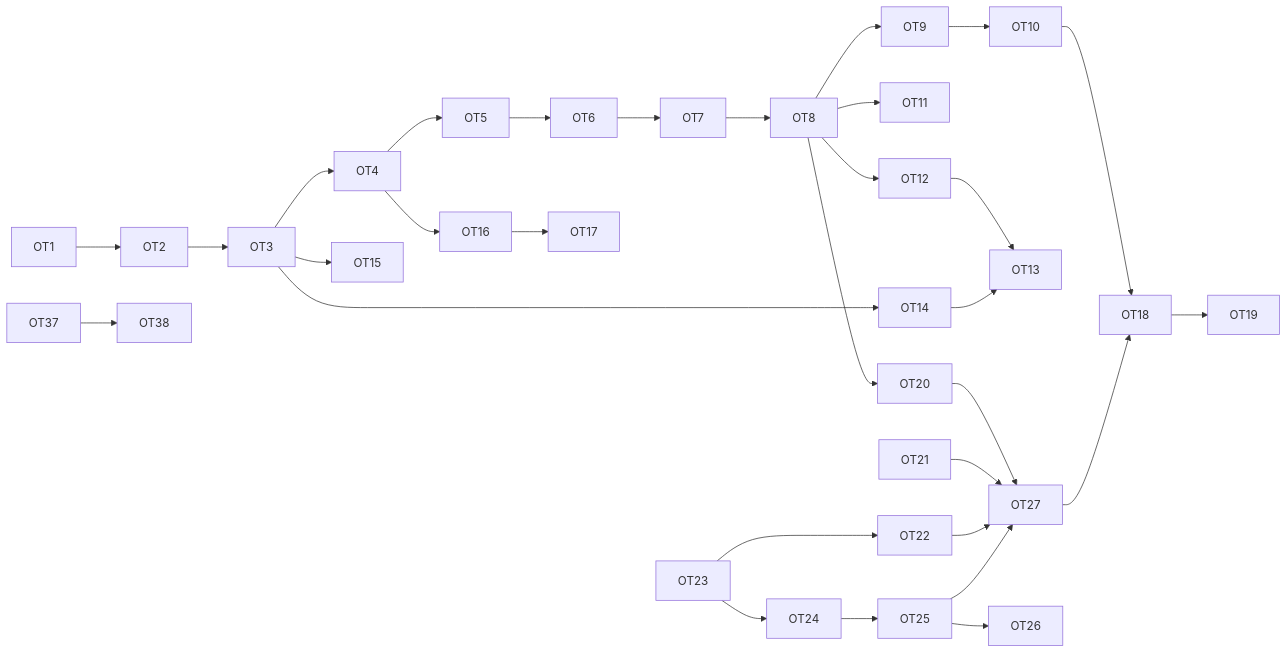
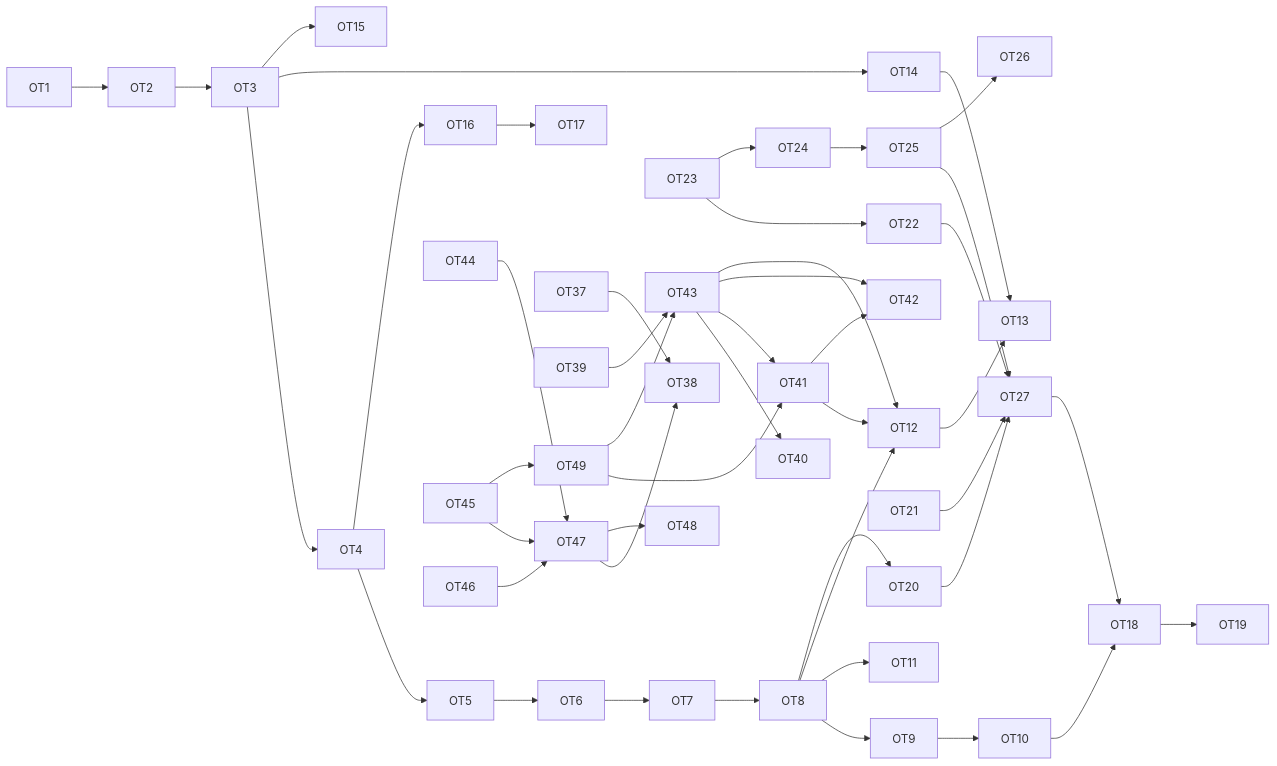
One commit to Ladvien/blended changed the diagram in BACKLOG.md. Above: the diagram before and after it, drawn with Mermaid. The commit also changed other lines of this file and 64 other files, not shown here.

````diff
--- a/BACKLOG.md
+++ b/BACKLOG.md
@@ -219,18 +494,33 @@
 ```mermaid
 flowchart LR
   OT1 --> OT2 --> OT3 --> OT4 --> OT5 --> OT6 --> OT7 --> OT8
   OT8 --> OT9 --> OT10
   OT8 --> OT11
   OT8 --> OT12 --> OT13
   OT3 --> OT14 --> OT13
   OT3 --> OT15
   OT4 --> OT16 --> OT17
   OT10 --> OT18 --> OT19
   OT8 --> OT20 --> OT27
   OT21 --> OT27
   OT23 --> OT22 --> OT27
   OT23 --> OT24 --> OT25 --> OT27
   OT25 --> OT26
   OT27 --> OT18
   OT37 --> OT38
+  OT39 --> OT43
+  OT43 --> OT40
+  OT43 --> OT41
+  OT43 --> OT42
+  OT43 --> OT12
+  OT41 --> OT12
+  OT41 --> OT42
+  OT44 --> OT47
+  OT45 --> OT47
+  OT46 --> OT47
+  OT47 --> OT38
+  OT47 --> OT48
+  OT45 --> OT49
+  OT49 --> OT41
+  OT49 --> OT43
 ```
````
